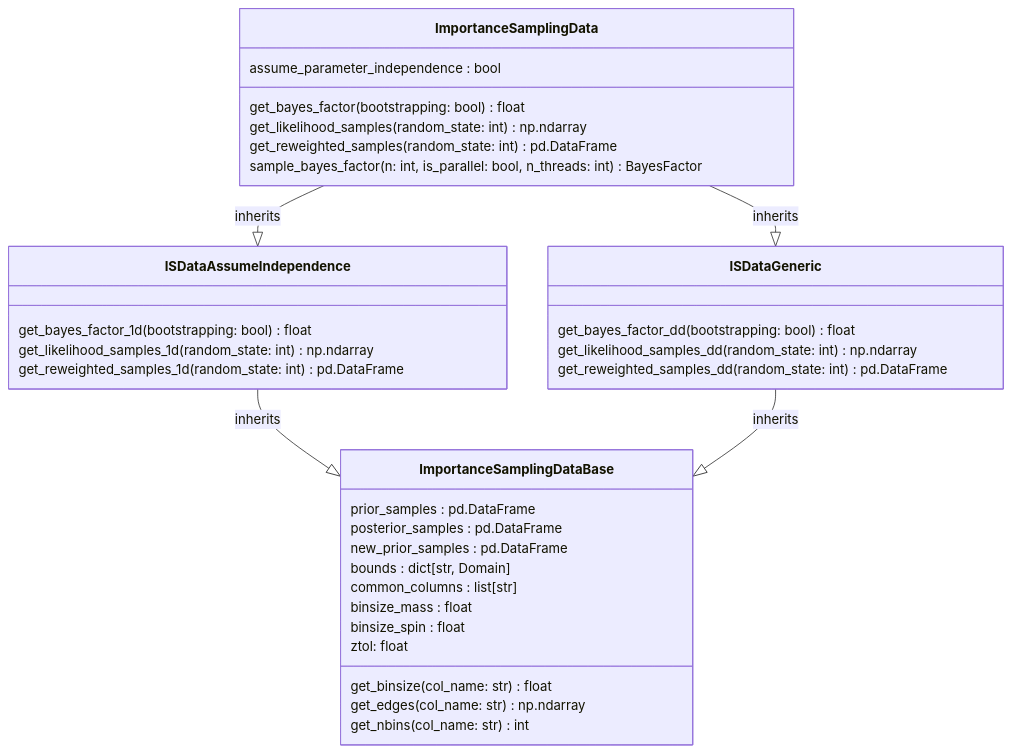
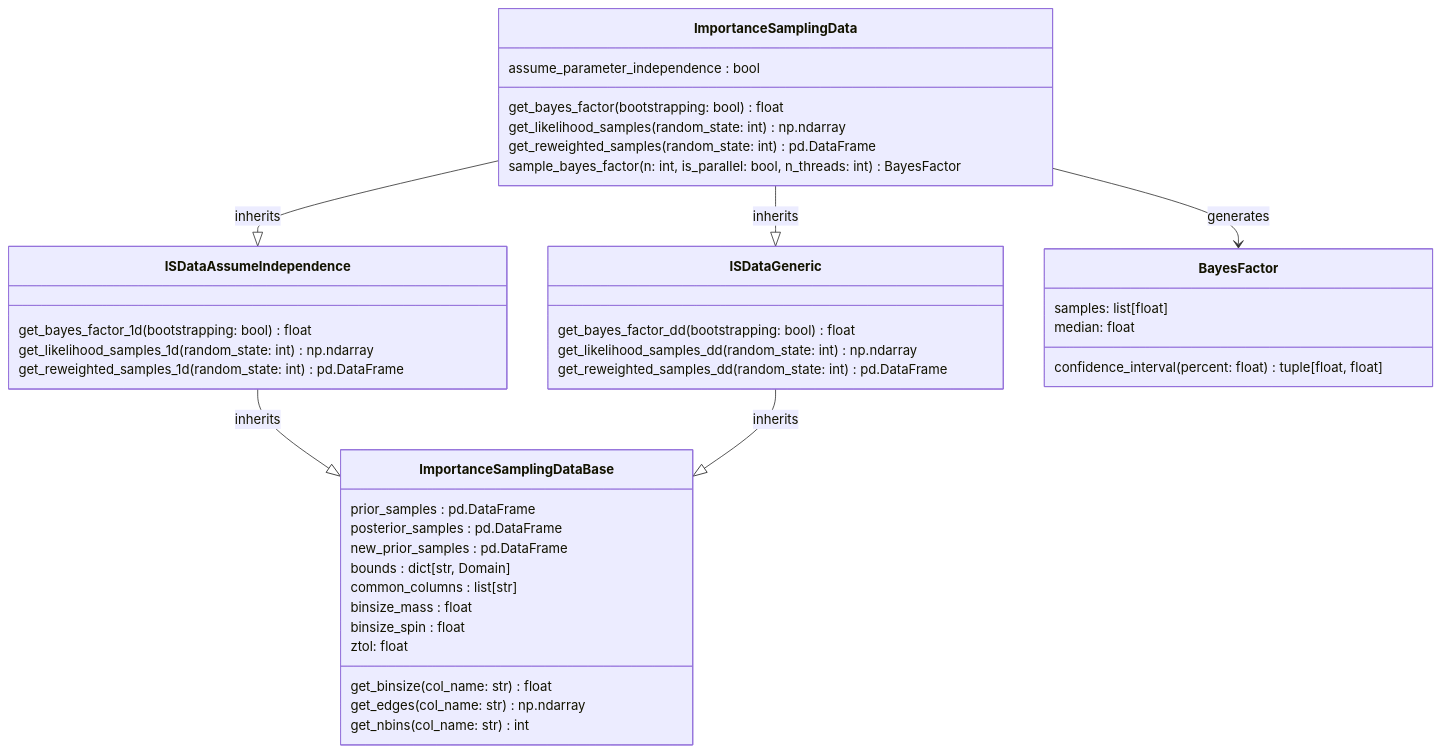
The fifth of 6 diagrams in src/docs/code-overview.md (wyhwong/archeo), drawn with Mermaid before and after one commit. The commit also changed other lines of this file and 2 other files, not shown here.

````diff
--- a/src/docs/code-overview.md
+++ b/src/docs/code-overview.md
@@ -196,41 +206,48 @@
 ```mermaid
 classDiagram
   class ImportanceSamplingDataBase {
     prior_samples : pd.DataFrame
     posterior_samples : pd.DataFrame
     new_prior_samples : pd.DataFrame
     bounds : dict[str, Domain]
     common_columns : list[str]
     binsize_mass : float
     binsize_spin : float
     get_binsize(col_name: str) float
     get_edges(col_name: str) np.ndarray
     get_nbins(col_name: str) int
     ztol: float
   }
 
   class ISDataAssumeIndependence {
     get_bayes_factor_1d(bootstrapping: bool) float
     get_likelihood_samples_1d(random_state: int) np.ndarray
     get_reweighted_samples_1d(random_state: int) pd.DataFrame
   }
 
   class ISDataGeneric {
     get_bayes_factor_dd(bootstrapping: bool) float
     get_likelihood_samples_dd(random_state: int) np.ndarray
     get_reweighted_samples_dd(random_state: int) pd.DataFrame
   }
 
   class ImportanceSamplingData {
     assume_parameter_independence : bool
     get_bayes_factor(bootstrapping: bool) float
     get_likelihood_samples(random_state: int) np.ndarray
     get_reweighted_samples(random_state: int) pd.DataFrame
     sample_bayes_factor(n: int, is_parallel: bool, n_threads: int) BayesFactor
   }
 
+  class BayesFactor {
+    samples: list[float]
+    median: float
+    confidence_interval(percent: float) tuple[float, float]
+  }
+
   ISDataAssumeIndependence --|> ImportanceSamplingDataBase : inherits
   ISDataGeneric --|> ImportanceSamplingDataBase : inherits
   ImportanceSamplingData --|> ISDataAssumeIndependence : inherits
   ImportanceSamplingData --|> ISDataGeneric : inherits
+  ImportanceSamplingData --> BayesFactor : generates
 ```
````
